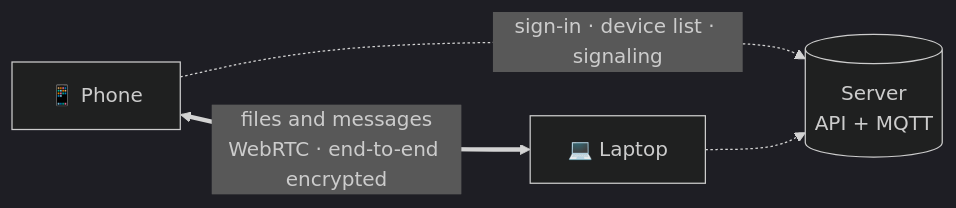
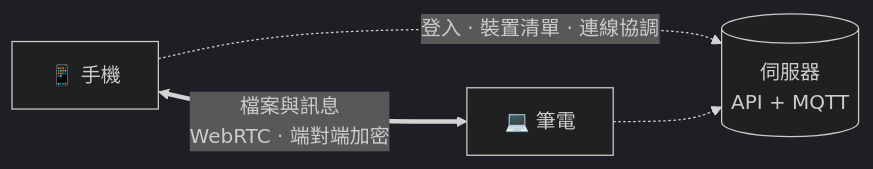
Before and after one commit to GrayWei444/AegisTrans-open: the diagram in README.md, drawn with Mermaid (dark theme). The commit also changed other lines of this file and 2 other files, not shown here.

````diff
--- a/README.md
+++ b/README.md
@@ -34,6 +37,6 @@
 ```mermaid
 flowchart LR
-    P["📱 Phone"] <== "files and messages<br/>WebRTC · end-to-end encrypted" ==> L["💻 Laptop"]
-    P -. "sign-in · device list · signaling" .-> S[("Server<br/>API + MQTT")]
+    P["📱 手機"] <== "檔案與訊息<br/>WebRTC · 端對端加密" ==> L["💻 筆電"]
+    P -. "登入 · 裝置清單 · 連線協調" .-> S[("伺服器<br/>API + MQTT")]
     L -.-> S
 ```
````
